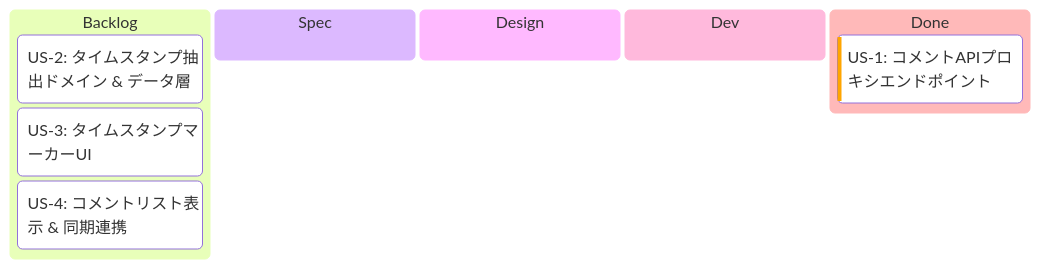
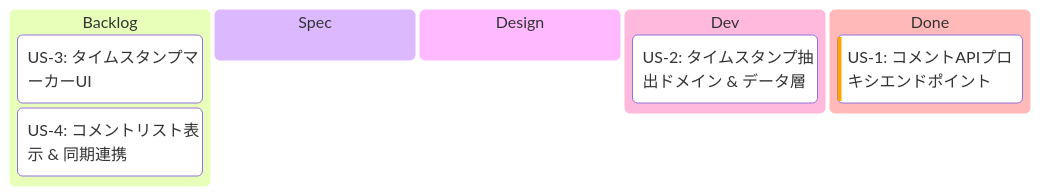
One commit to saki0000/collab-stream changed the first of 2 diagrams in implement-context/comment-timestamp-sync/EPIC.md. Above: the diagram before and after it, drawn with Mermaid. The commit also changed other lines of this file and 7 other files, not shown here.

````diff
--- a/implement-context/comment-timestamp-sync/EPIC.md
+++ b/implement-context/comment-timestamp-sync/EPIC.md
@@ -30,17 +30,17 @@
 ```mermaid
 ---
 config:
   kanban:
     ticketBaseUrl: ''
 ---
 kanban
   backlog[Backlog]
-    us2[US-2: タイムスタンプ抽出ドメイン & データ層]
     us3[US-3: タイムスタンプマーカーUI]
     us4[US-4: コメントリスト表示 & 同期連携]
   spec[Spec]
   design[Design]
   dev[Dev]
+    us2[US-2: タイムスタンプ抽出ドメイン & データ層]
   done[Done]
     us1[US-1: コメントAPIプロキシエンドポイント]@{ priority: 'High' }
 ```
````
